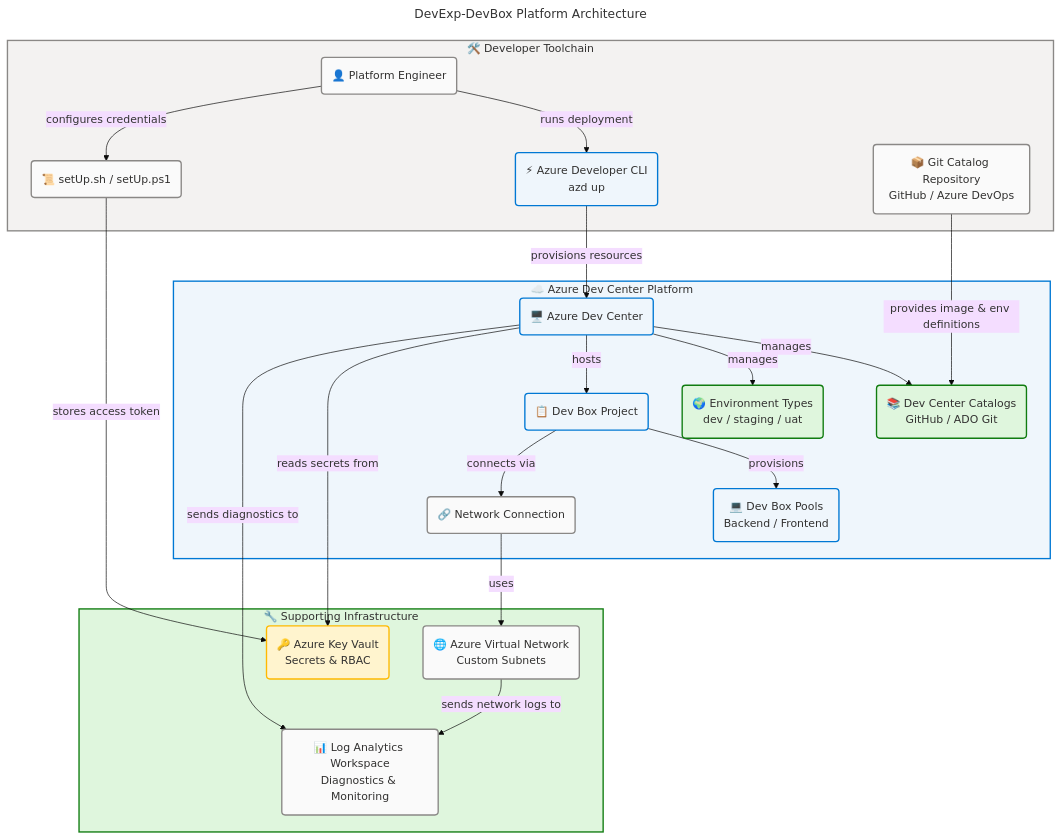
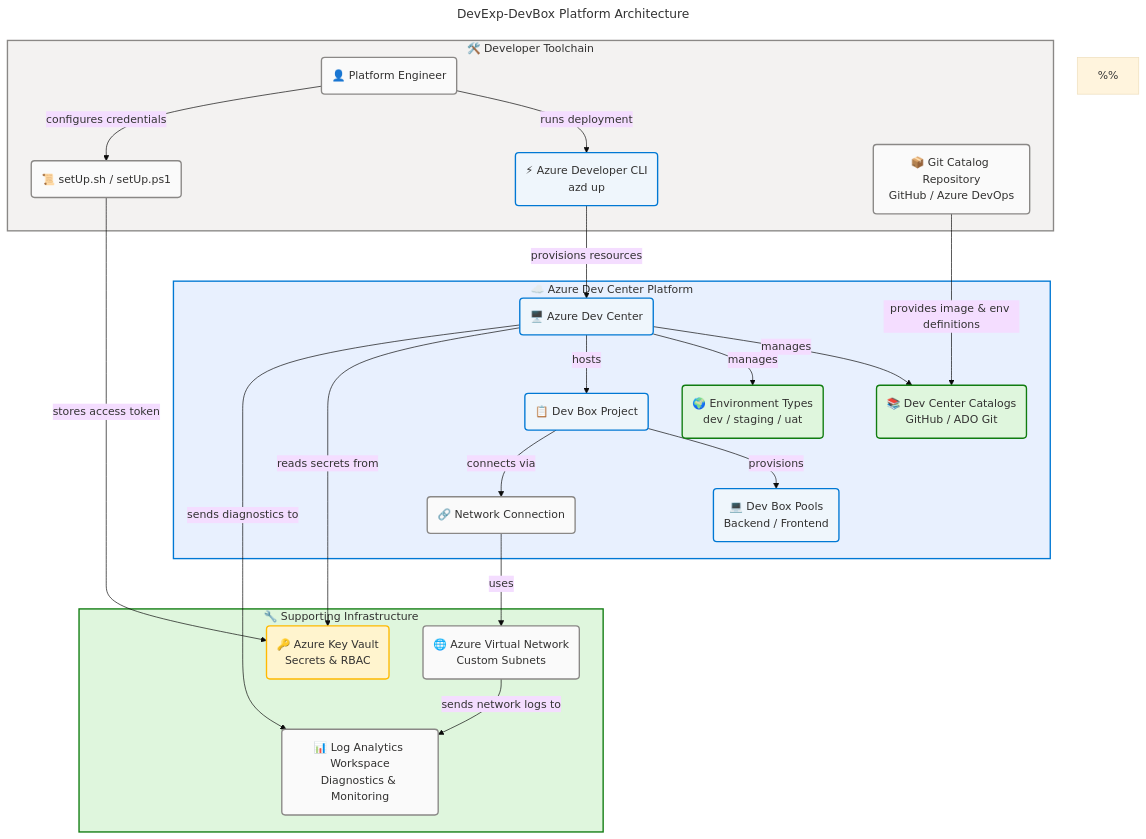
The diagram in README.md (Evilazaro/DevExp-DevBox), drawn with Mermaid before and after one commit.

Commit message:
Refactor architecture diagram in README.md for improved clarity and accessibility compliance

````diff
--- a/README.md
+++ b/README.md
@@ -83,72 +83,74 @@
 ```mermaid
 ---
 title: "DevExp-DevBox Platform Architecture"
 config:
   theme: base
   look: classic
   layout: dagre
+  themeVariables:
+    fontSize: '16px'
   flowchart:
     htmlLabels: true
 ---
 flowchart TB
     accTitle: DevExp-DevBox Azure Dev Box Platform Architecture
-    accDescr: End-to-end architecture showing developer toolchain with azd CLI and setup scripts provisioning Azure Dev Center with projects, role-specific pools, catalogs, environment types, Key Vault for secrets, Log Analytics for monitoring, and Virtual Network for connectivity.
+    accDescr: Technology platform architecture showing developer toolchain provisioning Azure Dev Center with projects, role-specific pools, catalogs, environment types, Key Vault for secrets, Log Analytics for monitoring, and Virtual Network for connectivity. Developer=neutral, AzdCLI=core, SetupScript=neutral, GitRepo=neutral, DC=core, Catalogs=success, EnvTypes=success, Project=core, Pools=core, NetConn=neutral, KeyVault=warning, LogAnalytics=neutral, VNet=neutral. WCAG AA compliant.
 
-    %% ═══════════════════════════════════════════════════════════════════════════
+    %%
     %% AZURE / FLUENT ARCHITECTURE PATTERN v2.0
     %% (Semantic + Structural + Font + Accessibility Governance)
-    %% ═══════════════════════════════════════════════════════════════════════════
+    %%
     %% PHASE 1 - FLUENT UI: All styling uses approved Fluent UI palette only
     %% PHASE 2 - GROUPS: Every subgraph has semantic color via style directive
     %% PHASE 3 - COMPONENTS: Every node has semantic classDef + icon prefix
     %% PHASE 4 - ACCESSIBILITY: accTitle/accDescr present, WCAG AA contrast
     %% PHASE 5 - STANDARD: Governance block present, classDefs centralized
-    %% ═══════════════════════════════════════════════════════════════════════════
+    %%
 
-    subgraph devtools["🛠️ Developer Toolchain"]
+    subgraph devtools ["🛠️ Developer Toolchain"]
         Developer("👤 Platform Engineer"):::neutral
         AzdCLI("⚡ Azure Developer CLI<br/>azd up"):::core
         SetupScript("📜 setUp.sh / setUp.ps1"):::neutral
         GitRepo("📦 Git Catalog Repository<br/>GitHub / Azure DevOps"):::neutral
     end
 
-    subgraph devcenter["☁️ Azure Dev Center Platform"]
+    subgraph devcenter ["☁️ Azure Dev Center Platform"]
         DC("🖥️ Azure Dev Center"):::core
         Catalogs("📚 Dev Center Catalogs<br/>GitHub / ADO Git"):::success
         EnvTypes("🌍 Environment Types<br/>dev / staging / uat"):::success
         Project("📋 Dev Box Project"):::core
         Pools("💻 Dev Box Pools<br/>Backend / Frontend"):::core
         NetConn("🔗 Network Connection"):::neutral
     end
 
-    subgraph support["🔧 Supporting Infrastructure"]
+    subgraph support ["🔧 Supporting Infrastructure"]
         KeyVault("🔑 Azure Key Vault<br/>Secrets & RBAC"):::warning
         LogAnalytics("📊 Log Analytics Workspace<br/>Diagnostics & Monitoring"):::neutral
         VNet("🌐 Azure Virtual Network<br/>Custom Subnets"):::neutral
     end
 
     Developer -->|"runs deployment"| AzdCLI
     Developer -->|"configures credentials"| SetupScript
     AzdCLI -->|"provisions resources"| DC
     SetupScript -->|"stores access token"| KeyVault
     GitRepo -->|"provides image & env definitions"| Catalogs
     DC -->|"manages"| Catalogs
     DC -->|"manages"| EnvTypes
     DC -->|"hosts"| Project
     DC -->|"reads secrets from"| KeyVault
     DC -->|"sends diagnostics to"| LogAnalytics
     Project -->|"provisions"| Pools
     Project -->|"connects via"| NetConn
     NetConn -->|"uses"| VNet
     VNet -->|"sends network logs to"| LogAnalytics
 
     style devtools fill:#F3F2F1,stroke:#8A8886,stroke-width:2px,color:#323130
-    style devcenter fill:#EFF6FC,stroke:#0078D4,stroke-width:2px,color:#323130
+    style devcenter fill:#E8F0FE,stroke:#0078D4,stroke-width:2px,color:#323130
     style support fill:#DFF6DD,stroke:#107C10,stroke-width:2px,color:#323130
 
     %% Centralized semantic classDefs (Phase 5 compliant)
     classDef core fill:#EFF6FC,stroke:#0078D4,stroke-width:2px,color:#323130
     classDef success fill:#DFF6DD,stroke:#107C10,stroke-width:2px,color:#323130
     classDef warning fill:#FFF4CE,stroke:#FFB900,stroke-width:2px,color:#323130
     classDef neutral fill:#FAFAFA,stroke:#8A8886,stroke-width:2px,color:#323130
 ```
````
